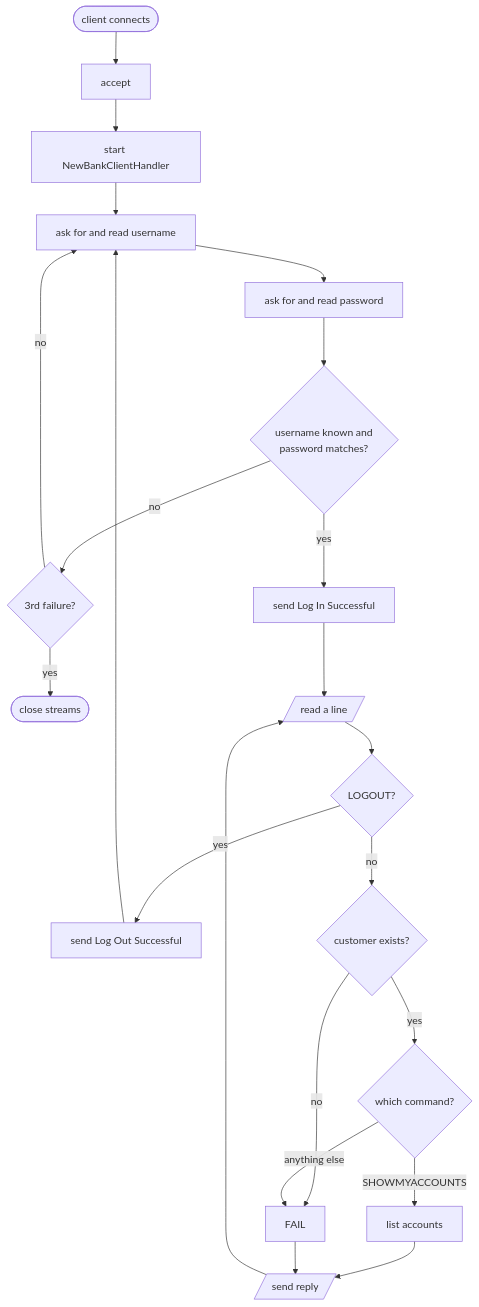
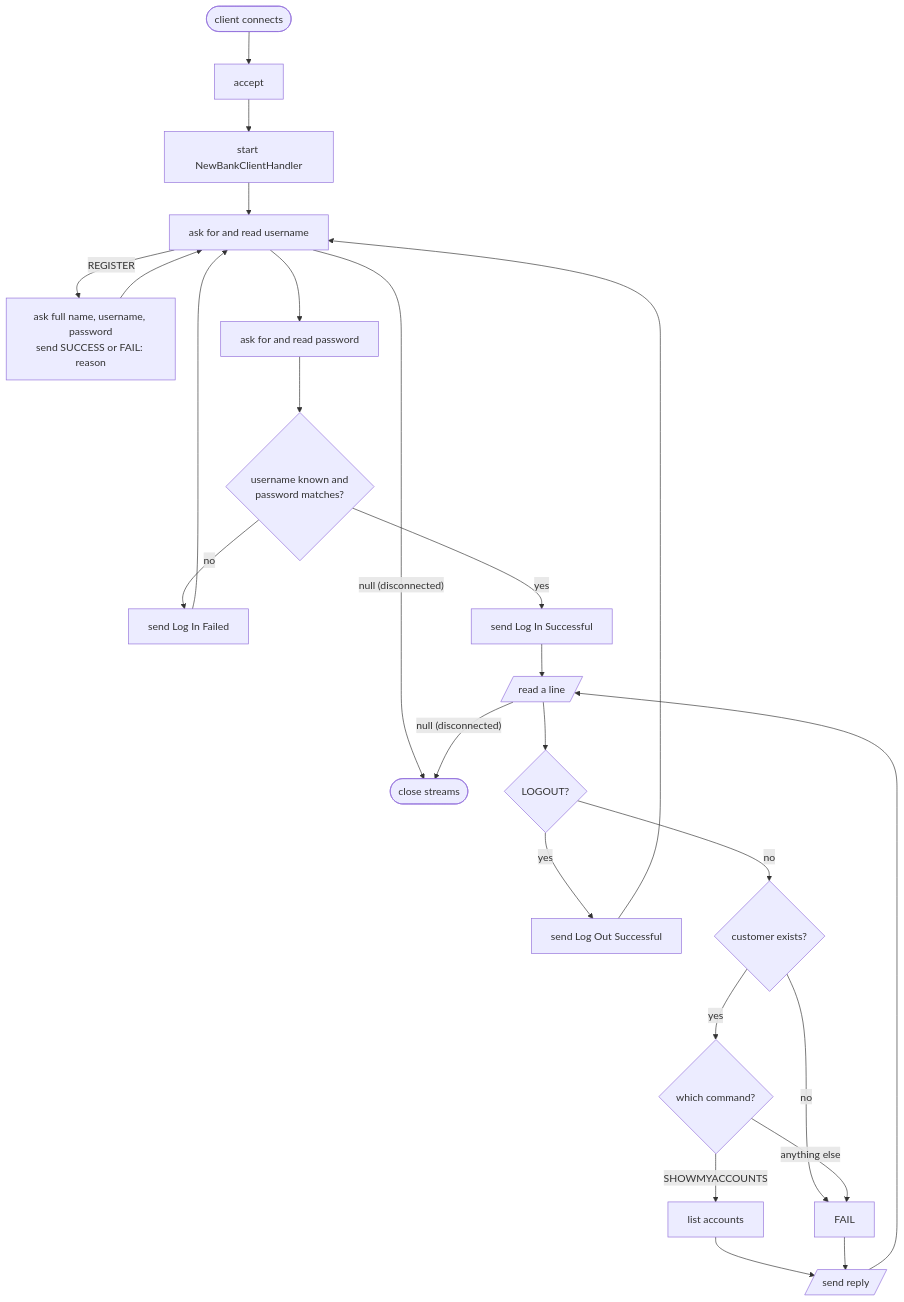
The seventh of 9 diagrams in README.md (richy1623/bath_new_bank), drawn with Mermaid before and after one commit. The commit also changed other lines of this file and 5 other files, not shown here.

````diff
--- a/README.md
+++ b/README.md
@@ -384,23 +454,24 @@
 ```mermaid
 flowchart TD
     A([client connects]) --> B[accept]
     B --> C[start NewBankClientHandler]
     C --> D[ask for and read username]
+    D -- REGISTER --> RG["ask full name, username, password<br/>send SUCCESS or FAIL: reason"] --> D
+    D -- "null (disconnected)" --> Z([close streams])
     D --> E[ask for and read password]
     E --> F{"username known and<br/>password matches?"}
-    F -- no --> G{3rd failure?}
-    G -- no --> D
-    G -- yes --> Z([close streams])
+    F -- no --> G[send Log In Failed] --> D
     F -- yes --> H[send Log In Successful]
     H --> I[/read a line/]
+    I -- "null (disconnected)" --> Z
     I --> LO{LOGOUT?}
     LO -- yes --> LS[send Log Out Successful] --> D
     LO -- no --> J{customer exists?}
     J -- no --> K[FAIL]
     J -- yes --> L{which command?}
     L -- SHOWMYACCOUNTS --> M[list accounts]
     L -- anything else --> K
     M --> N[/send reply/]
     K --> N
     N --> I
 ```
````
